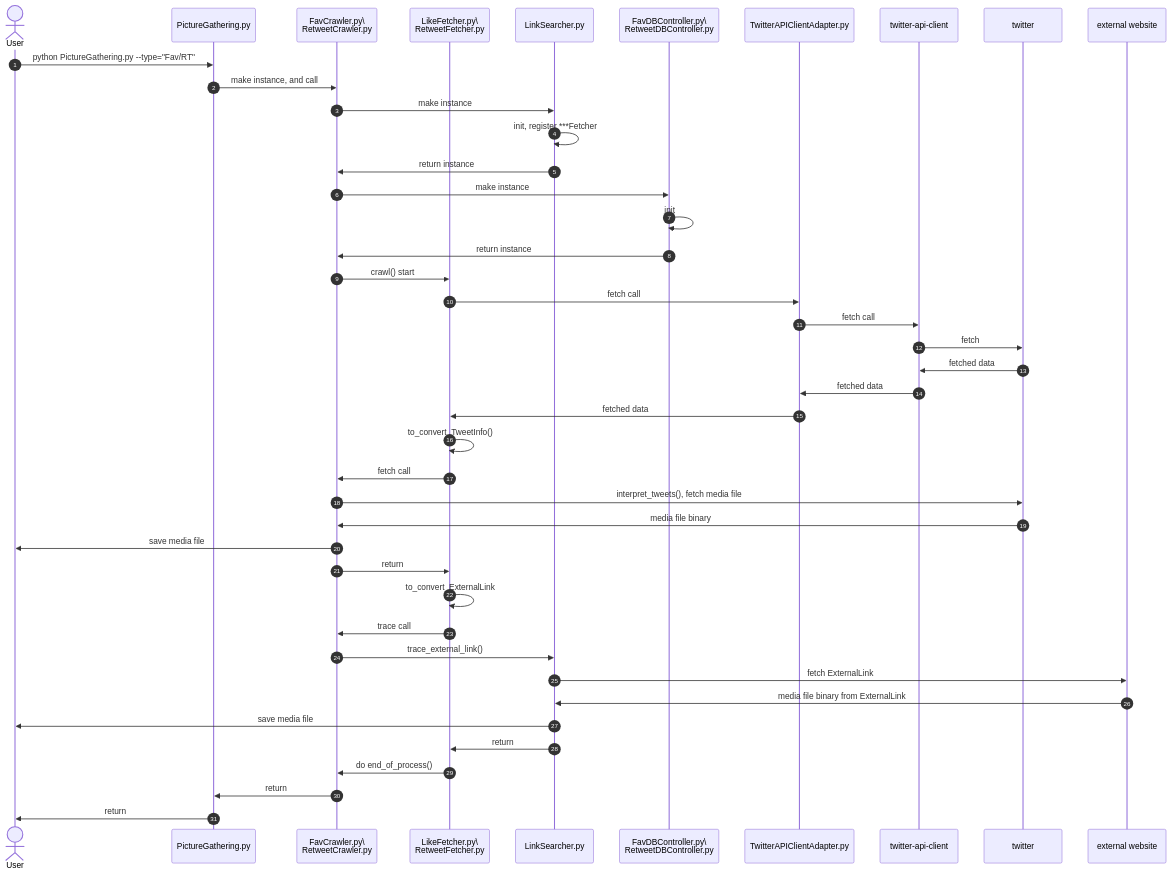
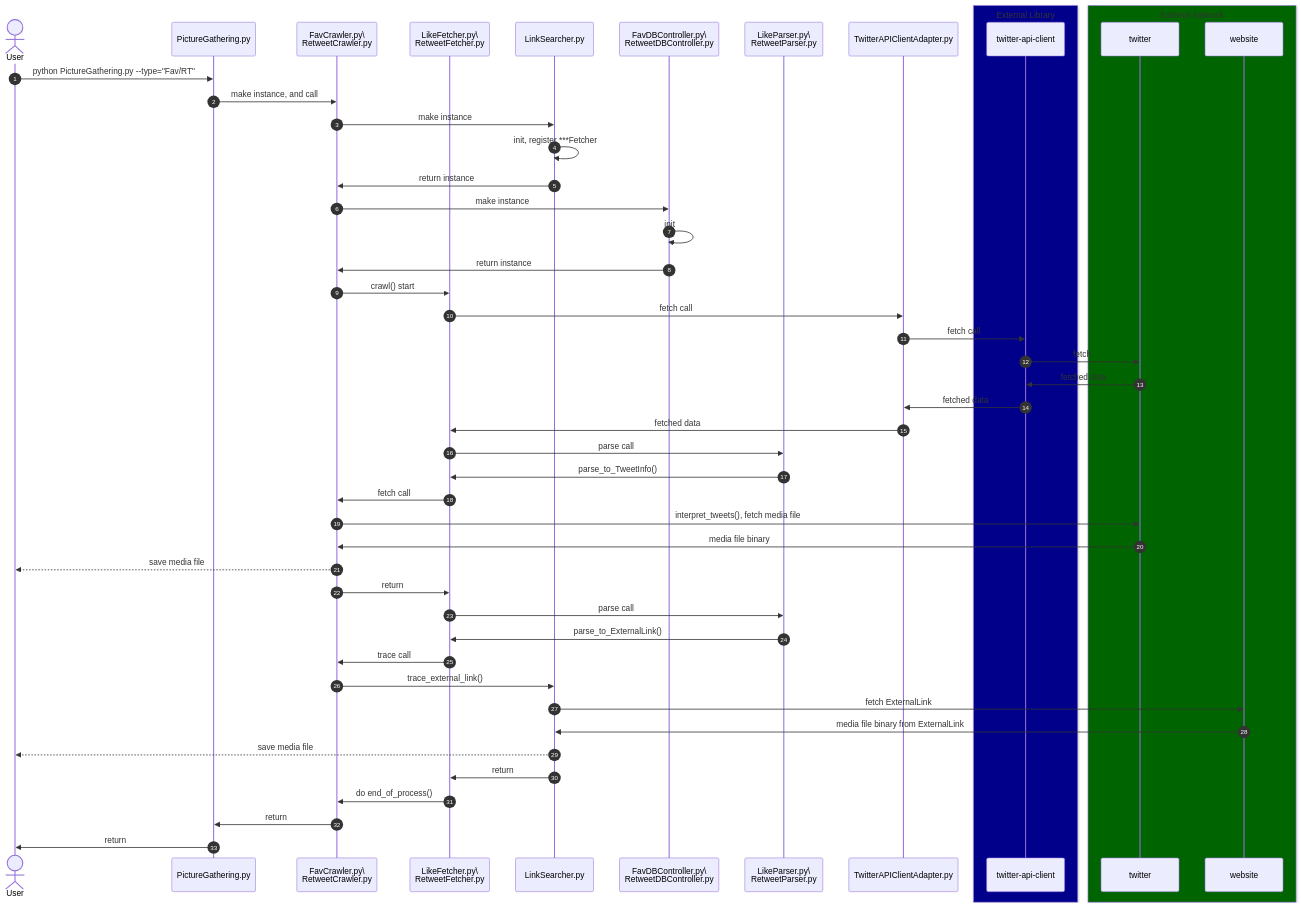
One commit to shift4869/media-gathering changed the diagram in mermaid/sequence.md. Above: the diagram before and after it, drawn with Mermaid.

Commit message:
シーケンス図更新

````diff
--- a/mermaid/sequence.md
+++ b/mermaid/sequence.md
@@ -1,53 +1,62 @@
 ```mermaid
 sequenceDiagram
     autonumber
 
     actor User
     participant PictureGathering.py
     participant crawler as FavCrawler.py\<br/>RetweetCrawler.py
     participant fetcher as LikeFetcher.py\<br/>RetweetFetcher.py
     participant LinkSearcher.py
     participant db as FavDBController.py\<br/>RetweetDBController.py
+    participant parser as LikeParser.py\<br/>RetweetParser.py
     participant TwitterAPIClientAdapter.py
+
+    box DarkBlue External Library
     participant twitter-api-client
+    end
+
+    box DarkGreen External Network
     participant twitter
-    participant external website
+    participant website
+    end
 
     User ->> PictureGathering.py: python PictureGathering.py --type="Fav/RT"
     PictureGathering.py ->> crawler : make instance, and call
 
     crawler ->> LinkSearcher.py: make instance
     LinkSearcher.py ->> LinkSearcher.py: init, register ***Fetcher
     LinkSearcher.py ->> crawler: return instance
 
     crawler ->> db: make instance
     db ->> db: init
     db ->> crawler: return instance
 
     crawler ->> fetcher: crawl() start
     fetcher ->> TwitterAPIClientAdapter.py: fetch call
     TwitterAPIClientAdapter.py ->> twitter-api-client: fetch call
     twitter-api-client ->> twitter: fetch
     twitter ->> twitter-api-client: fetched data
     twitter-api-client ->> TwitterAPIClientAdapter.py: fetched data
     TwitterAPIClientAdapter.py ->> fetcher: fetched data
 
-    fetcher ->> fetcher: to_convert_TweetInfo()
+    fetcher ->> parser: parse call
+    parser ->> fetcher: parse_to_TweetInfo()
     fetcher ->> crawler: fetch call
     crawler ->> twitter: interpret_tweets(), fetch media file
     twitter ->> crawler: media file binary
-    crawler ->> User: save media file
+    crawler -->> User: save media file
     crawler ->> fetcher: return 
 
-    fetcher ->> fetcher: to_convert_ExternalLink
+    fetcher ->> parser: parse call
+    parser ->> fetcher: parse_to_ExternalLink()
     fetcher ->> crawler: trace call
     crawler ->> LinkSearcher.py: trace_external_link()
-    LinkSearcher.py ->> external website: fetch ExternalLink
-    external website ->> LinkSearcher.py: media file binary from ExternalLink
-    LinkSearcher.py ->> User: save media file
+    LinkSearcher.py ->> website: fetch ExternalLink
+    website ->> LinkSearcher.py: media file binary from ExternalLink
+    LinkSearcher.py -->> User: save media file
     LinkSearcher.py ->> fetcher: return 
 
     fetcher ->> crawler: do end_of_process()
     crawler ->> PictureGathering.py: return
     PictureGathering.py ->> User: return
 ```
````
